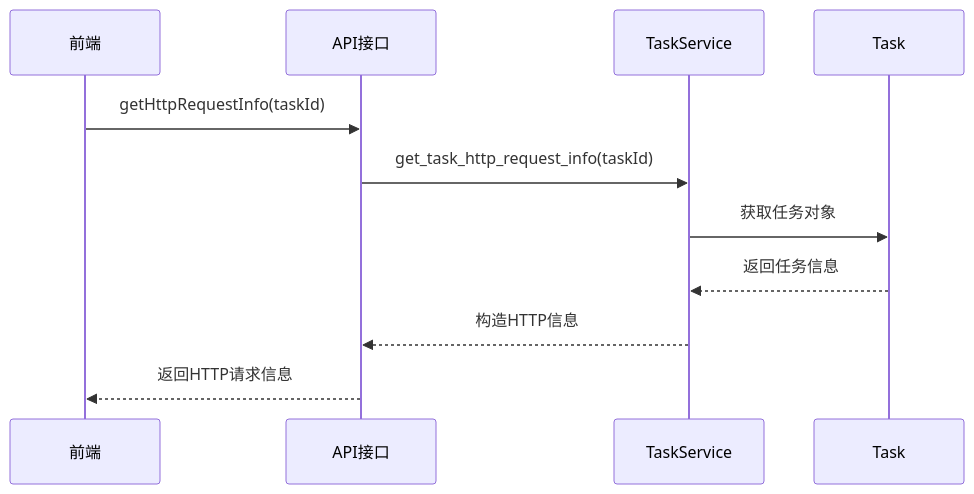
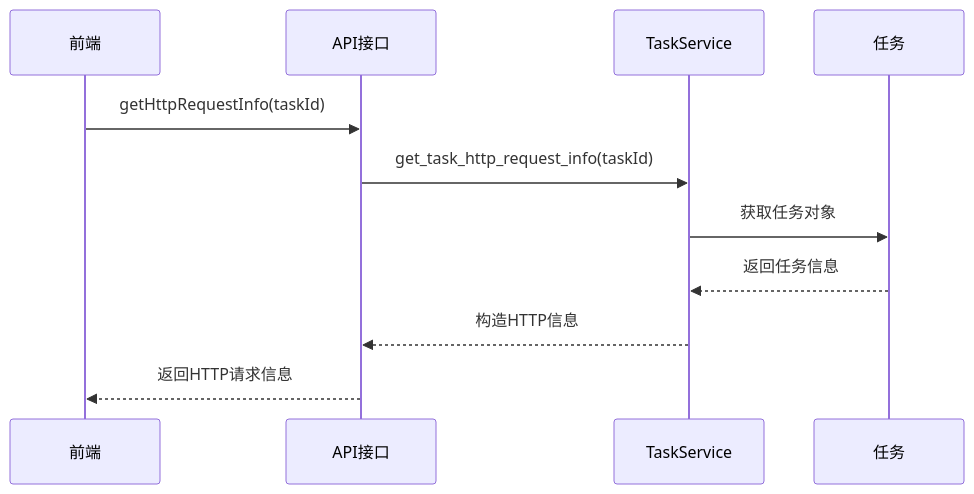
One commit to GitHubNull/sqlmapWebUI changed the second of 8 diagrams in .qoder/repowiki/zh/content/任务详情页/任务详情页.md. Above: the diagram before and after it, drawn with Mermaid. The commit also changed other lines of this file and 4 other files, not shown here.

````diff
--- a/.qoder/repowiki/zh/content/任务详情页/任务详情页.md
+++ b/.qoder/repowiki/zh/content/任务详情页/任务详情页.md
@@ -103,13 +103,12 @@
 ```mermaid
 sequenceDiagram
 participant 前端 as 前端
 participant API as API接口
 participant 服务 as TaskService
-participant 任务 as Task
 前端->>API : getHttpRequestInfo(taskId)
 API->>服务 : get_task_http_request_info(taskId)
 服务->>任务 : 获取任务对象
 任务-->>服务 : 返回任务信息
 服务-->>API : 构造HTTP信息
 API-->>前端 : 返回HTTP请求信息
 ```
````
